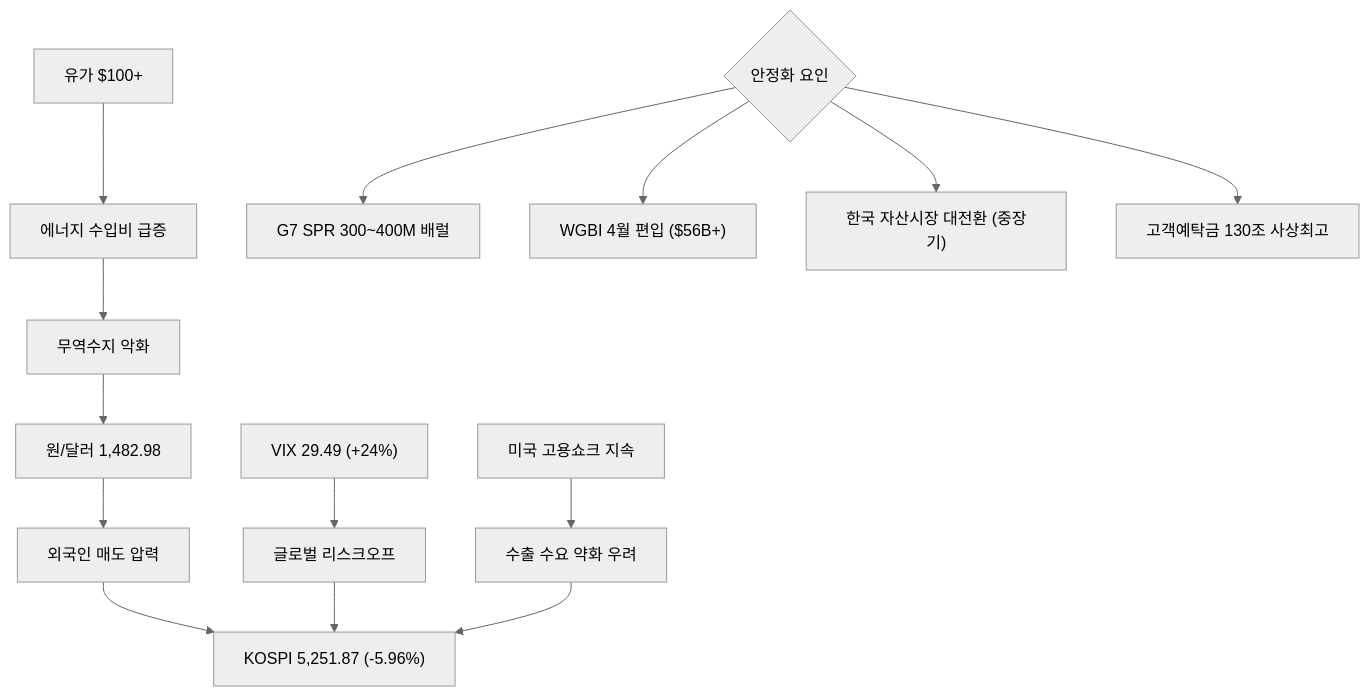
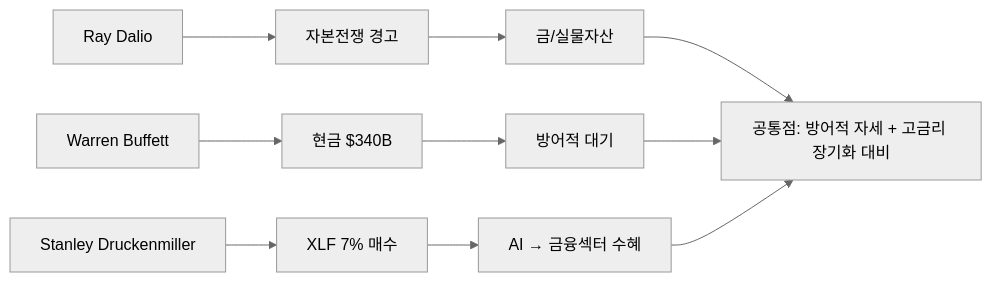
One commit to dss99911/dss99911.github.io changed the tenth of 11 diagrams in _posts/knowledge/invest/2026-01-21-macroeconomic-policy-sector-outlook-2026.md. Above: the diagram before and after it, drawn with Mermaid (neutral theme). The commit also changed other lines of this file and 5 other files, not shown here.

````diff
--- a/_posts/knowledge/invest/2026-01-21-macroeconomic-policy-sector-outlook-2026.md
+++ b/_posts/knowledge/invest/2026-01-21-macroeconomic-policy-sector-outlook-2026.md
@@ -455,17 +457,12 @@
 ```mermaid
-graph TD
-    A["유가 $100+"] --> B["에너지 수입비 급증"]
-    B --> C["무역수지 악화"]
-    C --> D["원/달러 1,482.98"]
-    D --> E["외국인 매도 압력"]
-    E --> F["KOSPI 5,251.87 (-5.96%)"]
-    G["VIX 29.49 (+24%)"] --> H["글로벌 리스크오프"]
-    H --> F
-    I["미국 고용쇼크 지속"] --> J["수출 수요 약화 우려"]
-    J --> F
-    K{"안정화 요인"}
-    K --> L["G7 SPR 300~400M 배럴"]
-    K --> M["WGBI 4월 편입 ($56B+)"]
-    K --> N["한국 자산시장 대전환 (중장기)"]
-    K --> O["고객예탁금 130조 사상최고"]
+graph LR
+    A["Ray Dalio"] --> B["자본전쟁 경고"]
+    B --> C["금/실물자산"]
+    D["Warren Buffett"] --> E["현금 $340B"]
+    E --> F["방어적 대기"]
+    G["Stanley Druckenmiller"] --> H["XLF 7% 매수"]
+    H --> I["AI → 금융섹터 수혜"]
+    C --> J["공통점: 방어적 자세 + 고금리 장기화 대비"]
+    F --> J
+    I --> J
 ```
````
